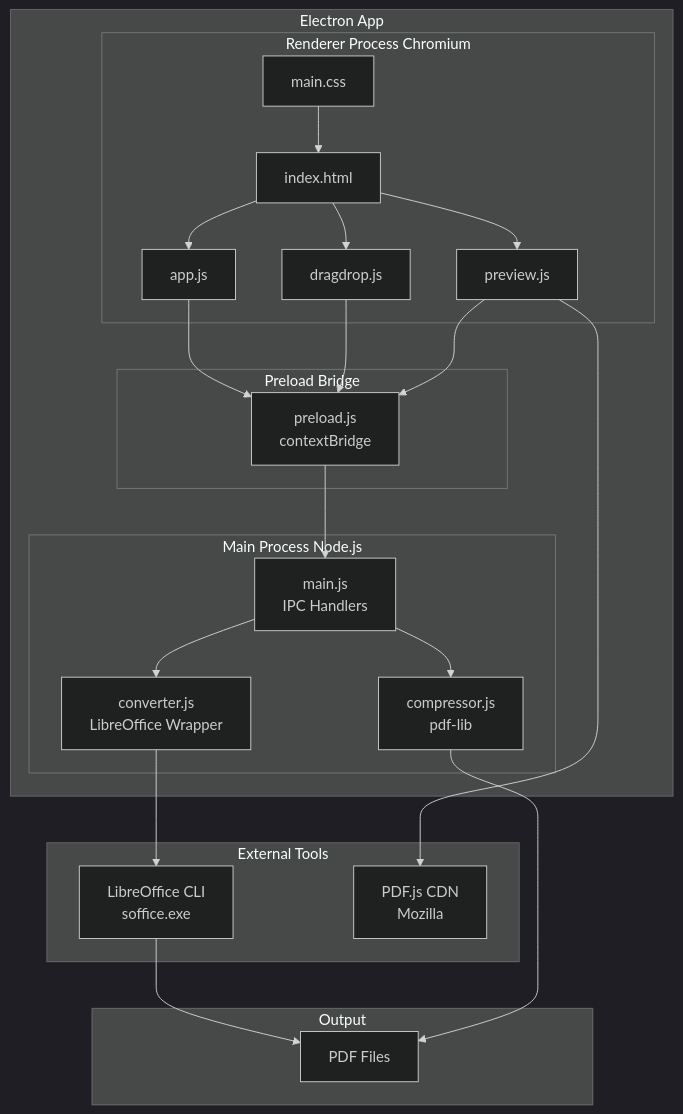
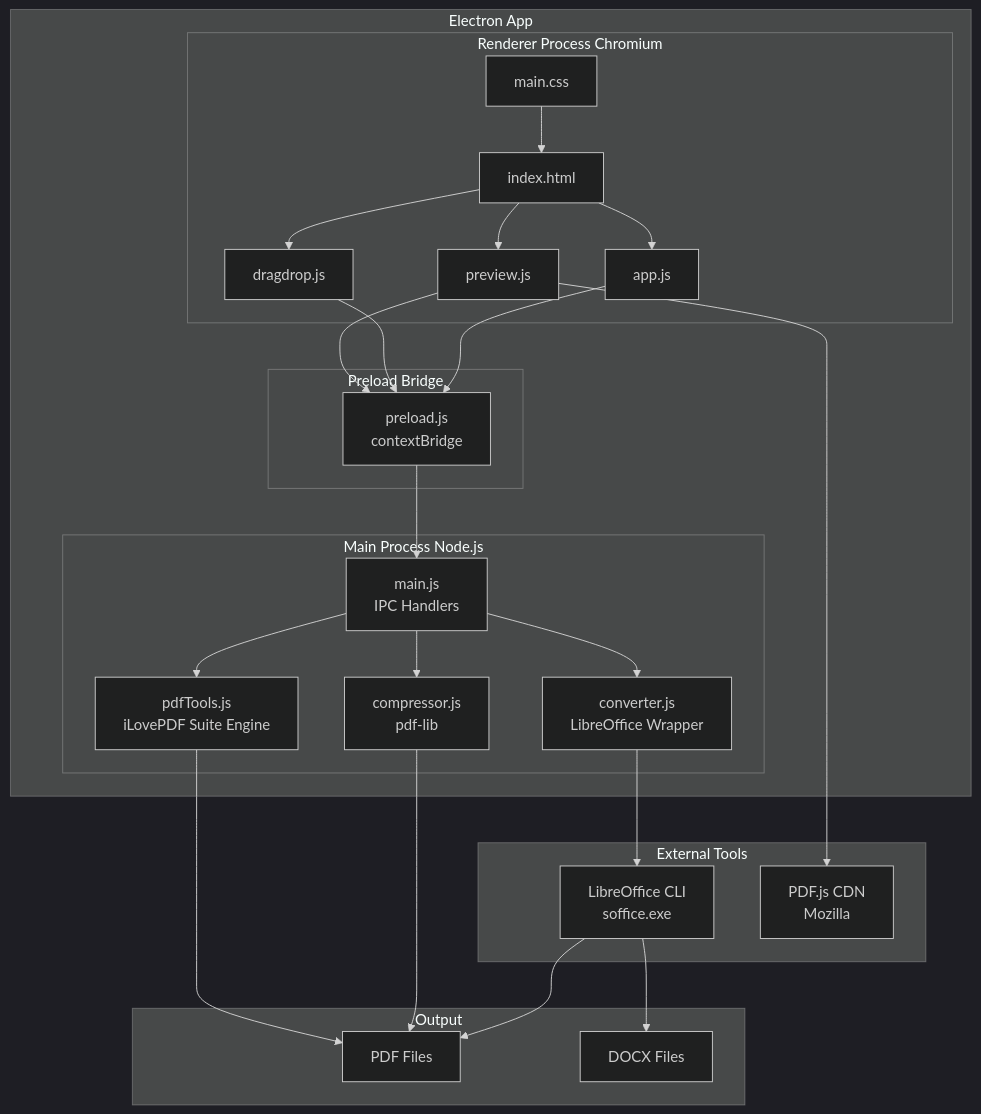
One commit to Naufal1-ai/pdfCreator changed the eighth of 9 diagrams in docs/FLOW.md. Above: the diagram before and after it, drawn with Mermaid (dark theme). The commit also changed other lines of this file and 8 other files, not shown here.

Commit message:
feat(phase7): implementasi engine ilovepdf suite (pdfTools, convertPdfToWord, ipc handlers)

````diff
--- a/docs/FLOW.md
+++ b/docs/FLOW.md
@@ -221,40 +221,43 @@
 ```mermaid
 graph TB
     subgraph ELECTRON ["Electron App"]
         subgraph RENDERER ["Renderer Process Chromium"]
             HTML[index.html]
             CSS[main.css]
             APPJS[app.js]
             DD[dragdrop.js]
             PV[preview.js]
         end
 
         subgraph BRIDGE ["Preload Bridge"]
             PRE["preload.js\ncontextBridge"]
         end
 
         subgraph MAIN ["Main Process Node.js"]
             MJ["main.js\nIPC Handlers"]
             CV["converter.js\nLibreOffice Wrapper"]
             CP["compressor.js\npdf-lib"]
+            PT["pdfTools.js\niLovePDF Suite Engine"]
         end
     end
 
     subgraph EXTERNAL ["External Tools"]
         LO["LibreOffice CLI\nsoffice.exe"]
         PDFJS["PDF.js CDN\nMozilla"]
     end
 
     subgraph OUTPUT ["Output"]
         PDFOUT[PDF Files]
+        DOCXOUT[DOCX Files]
     end
 
     HTML --> APPJS & DD & PV
     APPJS & DD & PV --> PRE
     PRE --> MJ
-    MJ --> CV & CP
-    CV --> LO --> PDFOUT
+    MJ --> CV & CP & PT
+    CV --> LO --> PDFOUT & DOCXOUT
     CP --> PDFOUT
+    PT --> PDFOUT
     PV --> PDFJS
     CSS --> HTML
 ```
````
